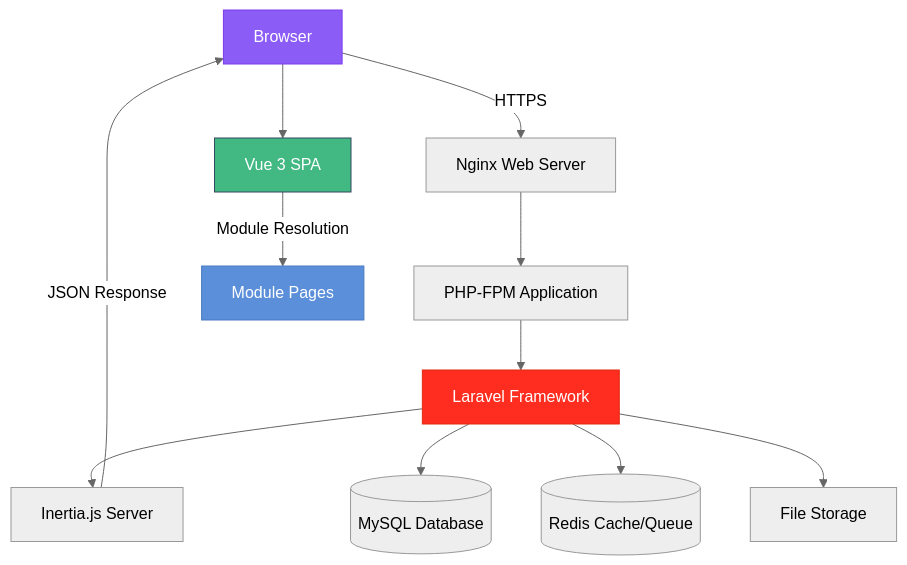
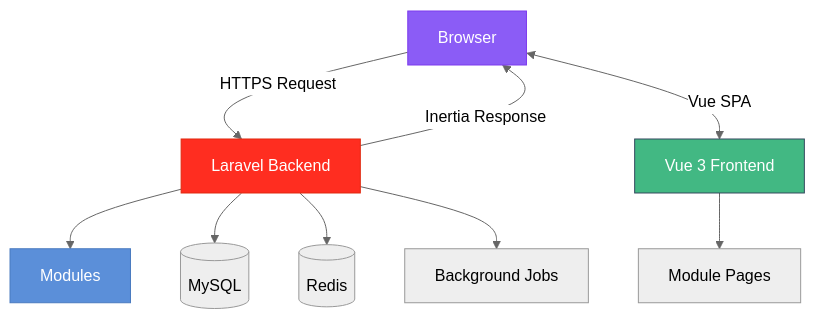
Before and after one commit to sauce-base/docs: the diagram in docs/architecture/overview.md, drawn with Mermaid (neutral theme). The commit also changed other lines of this file and 23 other files, not shown here.

````diff
--- a/docs/architecture/overview.md
+++ b/docs/architecture/overview.md
@@ -13,18 +24,18 @@
 ```mermaid
 graph TB
-    Browser[Browser] -->|HTTPS| Nginx[Nginx Web Server]
-    Nginx --> PHP[PHP-FPM Application]
-    PHP --> Laravel[Laravel Framework]
-    Laravel --> Inertia[Inertia.js Server]
-    Inertia -->|JSON Response| Browser
-    Browser --> Vue[Vue 3 SPA]
-    Vue -->|Module Resolution| Modules[Module Pages]
-    Laravel --> MySQL[(MySQL Database)]
-    Laravel --> Redis[(Redis Cache/Queue)]
-    Laravel --> Storage[File Storage]
+    Browser[Browser] -->|HTTPS Request| Laravel[Laravel Backend]
+    Laravel -->|Inertia Response| Browser
+    Browser <-->|Vue SPA| Frontend[Vue 3 Frontend]
+
+    Laravel --> Modules[Modules]
+    Frontend --> ModulePages[Module Pages]
+
+    Laravel --> Database[(MySQL)]
+    Laravel --> Cache[(Redis)]
+    Laravel --> Queue[Background Jobs]
 
     style Browser fill:#8b5cf6,stroke:#7c3aed,color:#fff
-    style Vue fill:#42b883,stroke:#35495e,color:#fff
+    style Frontend fill:#42b883,stroke:#35495e,color:#fff
     style Laravel fill:#ff2d20,stroke:#e0290f,color:#fff
     style Modules fill:#5b8fd9,stroke:#4a7bc0,color:#fff
 ```
````
